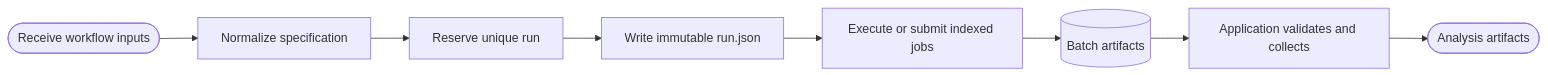
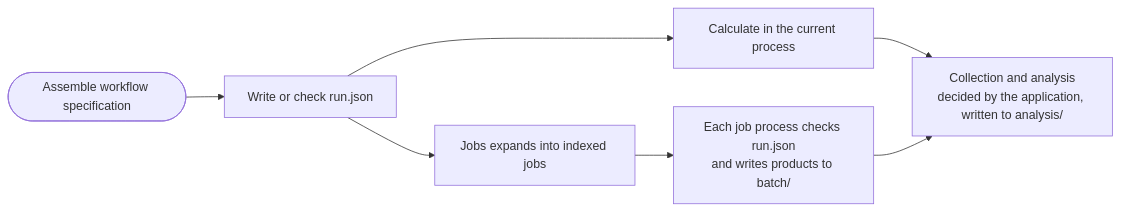
Before and after one commit to raser-team/raser: the diagram in docs/en/supports/runs.md, drawn with Mermaid. The commit also changed other lines of this file and 1 other file, not shown here.

First line of the commit message:
docs(runs): rewrite the run-record page

````diff
--- a/docs/en/supports/runs.md
+++ b/docs/en/supports/runs.md
@@ -64,13 +88,12 @@
 ```mermaid
 flowchart LR
     accTitle: RASER run record lifecycle
-    accDescr: An application normalizes inputs, reserves one run, writes its immutable record, executes indexed jobs, and separately validates artifacts before analysis.
+    accDescr: An application assembles a specification, activates the run record, executes in the current process or as several jobs, and collects and analyses where applicable.
 
-    inputs([Receive workflow inputs]) --> normalize[Normalize specification]
-    normalize --> reserve[Reserve unique run]
-    reserve --> record[Write immutable run.json]
-    record --> jobs[Execute or submit indexed jobs]
-    jobs --> batch[(Batch artifacts)]
-    batch --> collect[Application validates and collects]
-    collect --> analysis([Analysis artifacts])
+    spec([Assemble workflow specification]) --> activate[Write or check run.json]
+    activate --> single[Calculate in the current process]
+    activate --> fanout[Jobs expands into indexed jobs]
+    fanout --> worker[Each job process checks run.json<br/>and writes products to batch/]
+    single --> collect[Collection and analysis<br/>decided by the application, written to analysis/]
+    worker --> collect
 ```
````
